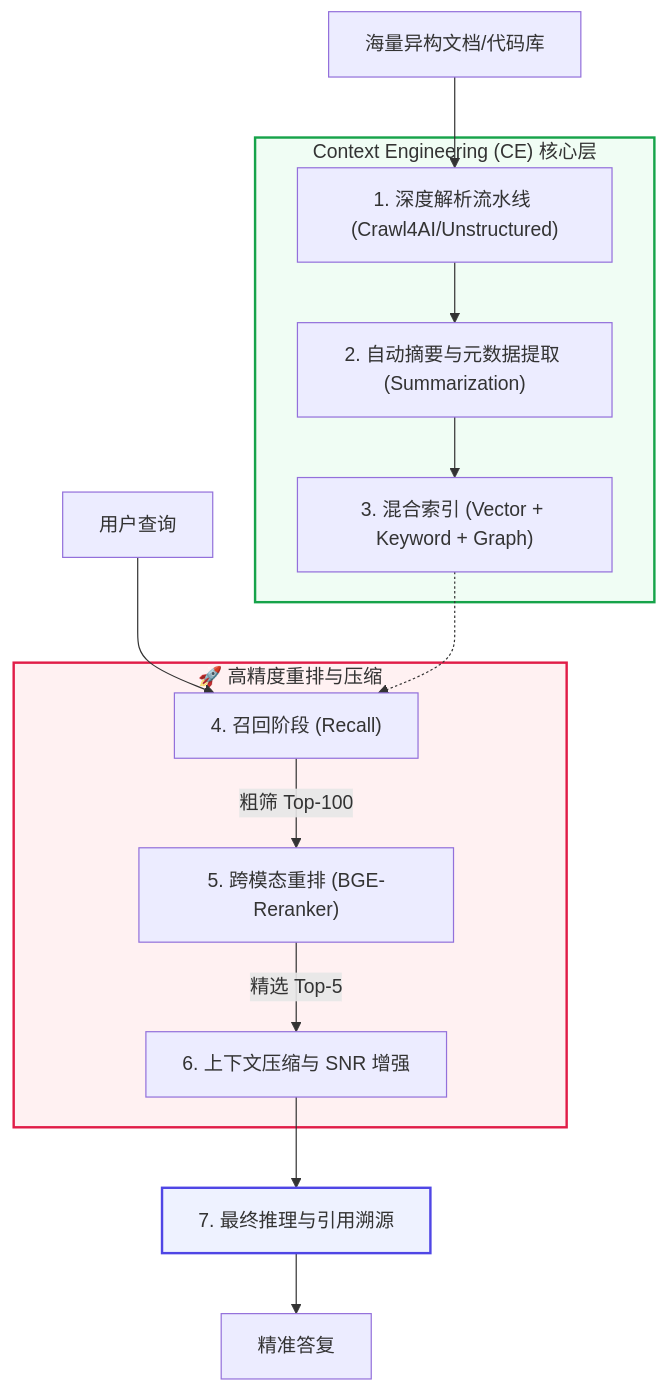
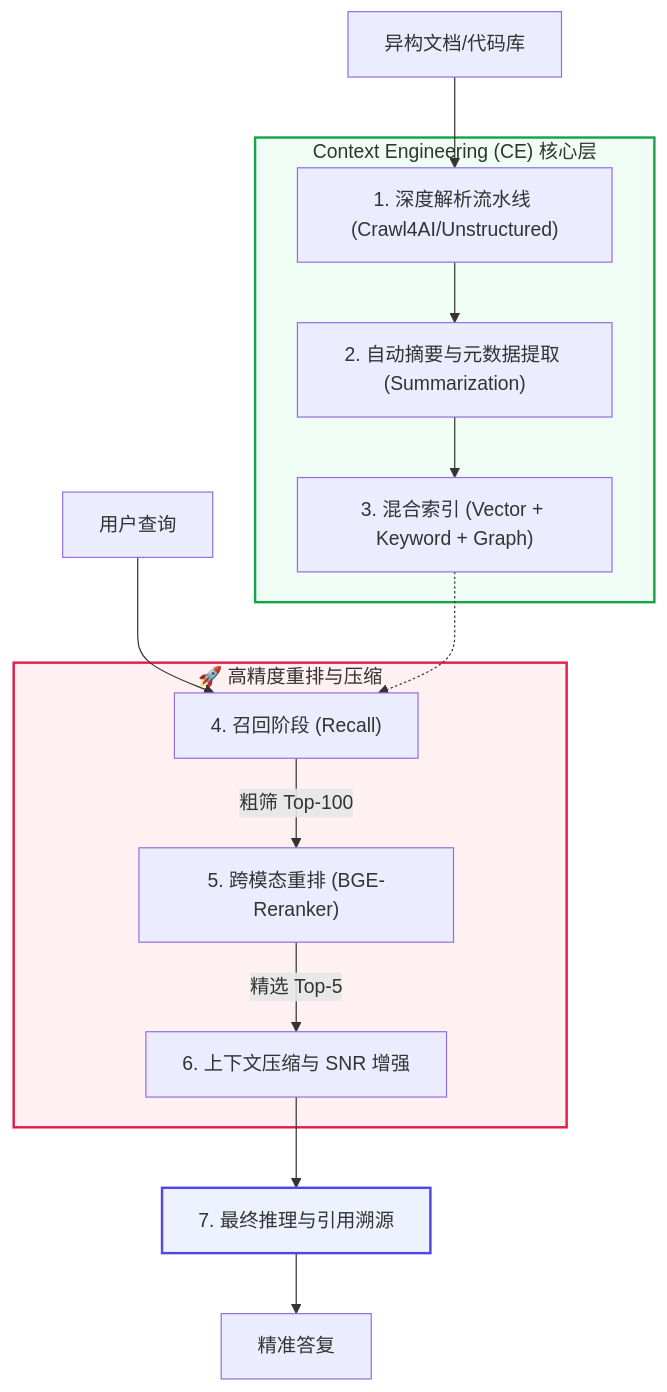
Before and after one commit to wangchong2023/ai-learning: diagram 25 of 31 in doc/AI_Knowledge_Roadmap.md, drawn with Mermaid. The commit also changed other lines of this file, not shown here.

````diff
--- a/doc/AI_Knowledge_Roadmap.md
+++ b/doc/AI_Knowledge_Roadmap.md
@@ -1722,25 +1877,25 @@
 ```mermaid
 graph TD
-    Docs["海量异构文档/代码库"] --> Pipeline["1. 深度解析流水线 (Crawl4AI/Unstructured)"]
+    Docs["异构文档/代码库"] --> Pipeline["1. 深度解析流水线 (Crawl4AI/Unstructured)"]
     
     subgraph CECore ["Context Engineering (CE) 核心层"]
         Pipeline --> Summary["2. 自动摘要与元数据提取 (Summarization)"]
         Summary --> Hybrid["3. 混合索引 (Vector + Keyword + Graph)"]
     end
     
     UserQuery["用户查询"] --> Retrieval["4. 召回阶段 (Recall)"]
     Hybrid -.-> Retrieval
     
     subgraph HighPrecision ["🚀 高精度重排与压缩"]
         Retrieval -- "粗筛 Top-100" --> Rerank["5. 跨模态重排 (BGE-Reranker)"]
         Rerank -- "精选 Top-5" --> ContextCompression["6. 上下文压缩与 SNR 增强"]
     end
     
     ContextCompression --> LLM["7. 最终推理与引用溯源"]
     LLM --> Result["精准答复"]
 
     %% 样式美化
     style CECore fill:#f0fdf4,stroke:#16a34a,stroke-width:2px
     style HighPrecision fill:#fff1f2,stroke:#e11d48,stroke-width:2px
     style LLM fill:#eef2ff,stroke:#4f46e5,stroke-width:2px
 ```
````
